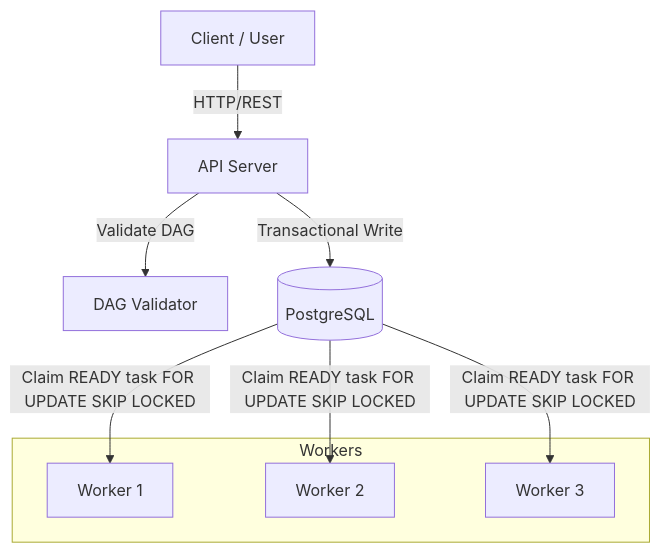
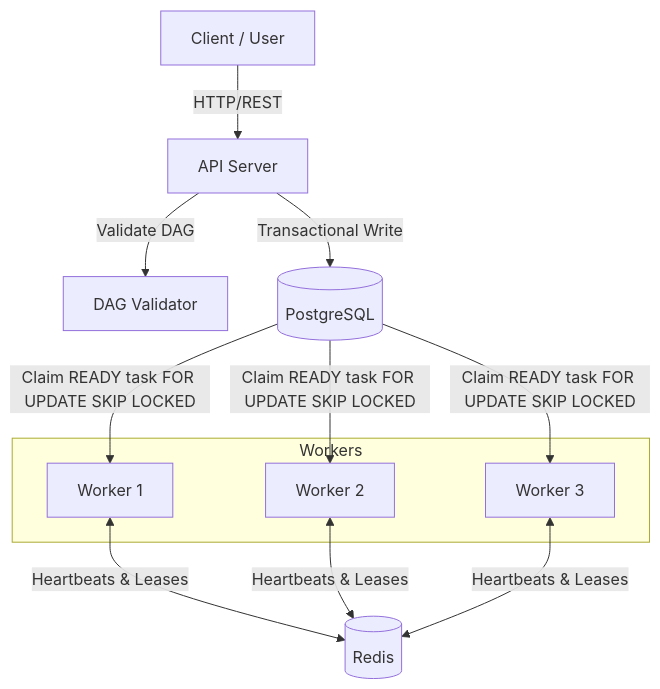
Before and after one commit to aman0603/flowforge: the diagram in README.md, drawn with Mermaid. The commit also changed other lines of this file and 15 other files, not shown here.

````diff
--- a/README.md
+++ b/README.md
@@ -11,16 +11,20 @@
 ```mermaid
 graph TD
     Client[Client / User] -->|HTTP/REST| API[API Server]
     API -->|Validate DAG| DAG[DAG Validator]
     API -->|Transactional Write| DB[(PostgreSQL)]
     
     DB -->|Claim READY task FOR UPDATE SKIP LOCKED| W1[Worker 1]
     DB -->|Claim READY task FOR UPDATE SKIP LOCKED| W2[Worker 2]
     DB -->|Claim READY task FOR UPDATE SKIP LOCKED| W3[Worker 3]
 
+    W1 <-->|Heartbeats & Leases| Redis[(Redis)]
+    W2 <-->|Heartbeats & Leases| Redis
+    W3 <-->|Heartbeats & Leases| Redis
+
     subgraph Workers
         W1
         W2
         W3
     end
 ```
````
